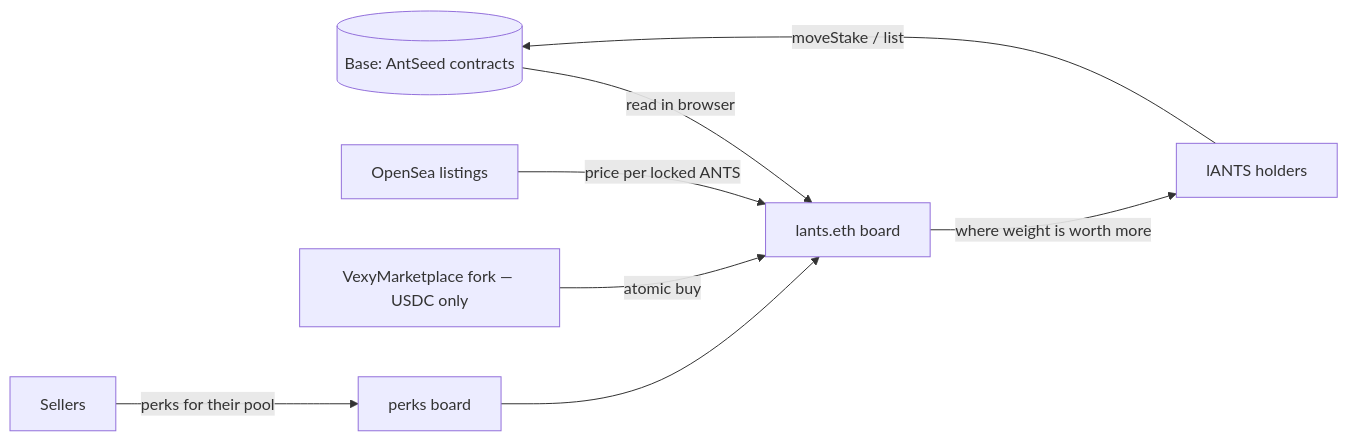
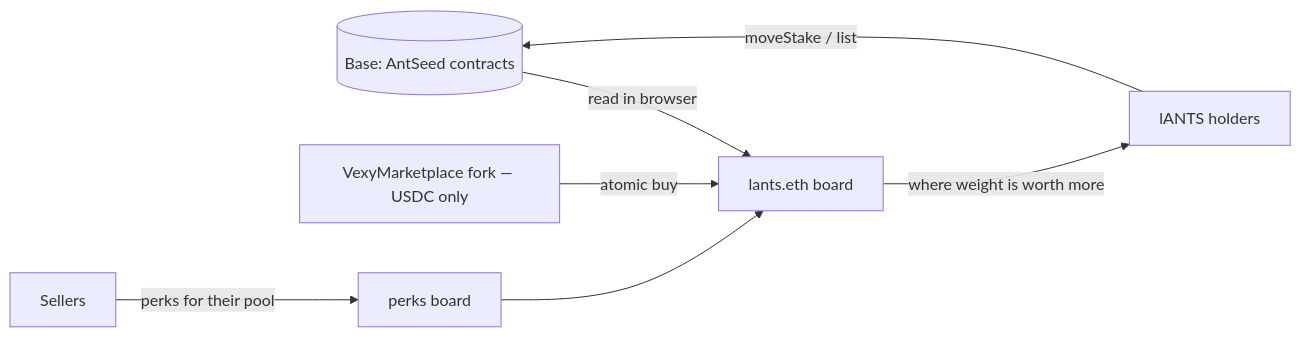
Before and after one commit to theYahia/lants-market: the diagram in README.md, drawn with Mermaid. The commit also changed other lines of this file and 4 other files, not shown here.

First line of the commit message:
docs: bring README and ROADMAP up to date (first trade, public lots, MC/FDV)

````diff
--- a/README.md
+++ b/README.md
@@ -46,10 +53,9 @@
 ```mermaid
 flowchart LR
   B[(Base: AntSeed contracts)] -->|read in browser| L[lants.eth board]
-  O[OpenSea listings] -->|price per locked ANTS| L
   M[VexyMarketplace fork — USDC only] -->|atomic buy| L
   S[Sellers] -->|perks for their pool| P[perks board]
   P --> L
   L -->|where weight is worth more| H[lANTS holders]
   H -->|moveStake / list| B
 ```
````
